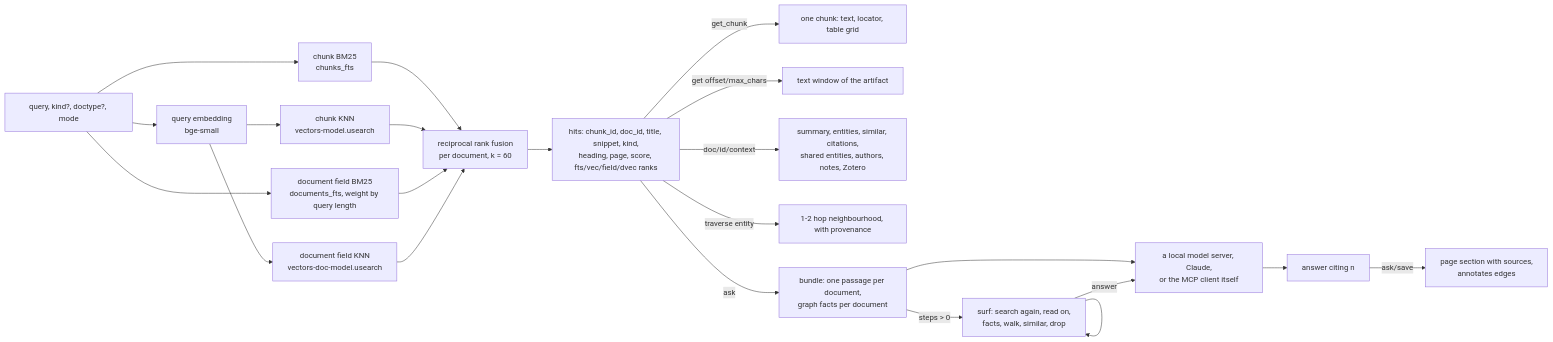
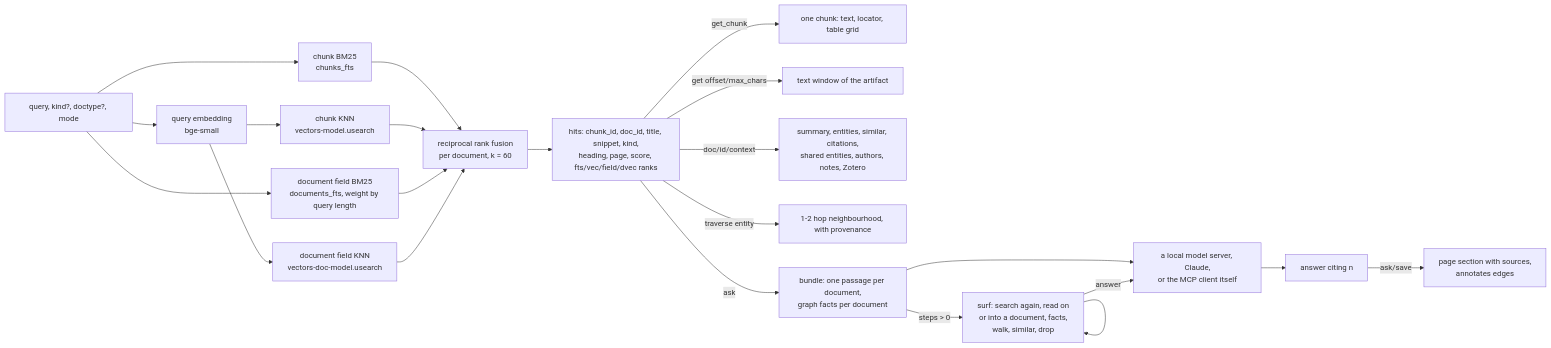
The third of 3 diagrams in docs/architecture.md (lodsb/prax), drawn with Mermaid before and after one commit. The commit also changed other lines of this file and 8 other files, not shown here.

First line of the commit message:
feat: a read can name what it is after — the part of a document about those words, so a paper the graph pointed at is reachable

````diff
--- a/docs/architecture.md
+++ b/docs/architecture.md
@@ -158,19 +158,19 @@
 ```mermaid
 flowchart LR
   Q[query, kind?, doctype?, mode] --> FTS[chunk BM25<br/>chunks_fts]
   Q --> QE[query embedding<br/>bge-small] --> KNN[chunk KNN<br/>vectors-model.usearch]
   Q --> DF[document field BM25<br/>documents_fts, weight by query length]
   QE --> DK[document field KNN<br/>vectors-doc-model.usearch]
   FTS --> RRF[reciprocal rank fusion<br/>per document, k = 60]
   KNN --> RRF
   DF --> RRF
   DK --> RRF
   RRF --> H[hits: chunk_id, doc_id, title, snippet, kind,<br/>heading, page, score, fts/vec/field/dvec ranks]
   H -->|get_chunk| C[one chunk: text, locator, table grid]
   H -->|get offset/max_chars| T[text window of the artifact]
   H -->|doc/id/context| X[summary, entities, similar, citations,<br/>shared entities, authors, notes, Zotero]
   H -->|traverse entity| G[1-2 hop neighbourhood, with provenance]
   H -->|ask| B[bundle: one passage per document,<br/>graph facts per document] --> M[a local model server, Claude,<br/>or the MCP client itself] --> A[answer citing n] -->|ask/save| P[page section with sources,<br/>annotates edges]
-  B -->|steps > 0| S[surf: search again, read on,<br/>facts, walk, similar, drop] --> S
+  B -->|steps > 0| S[surf: search again, read on<br/>or into a document, facts,<br/>walk, similar, drop] --> S
   S -->|answer| M
 ```
````
